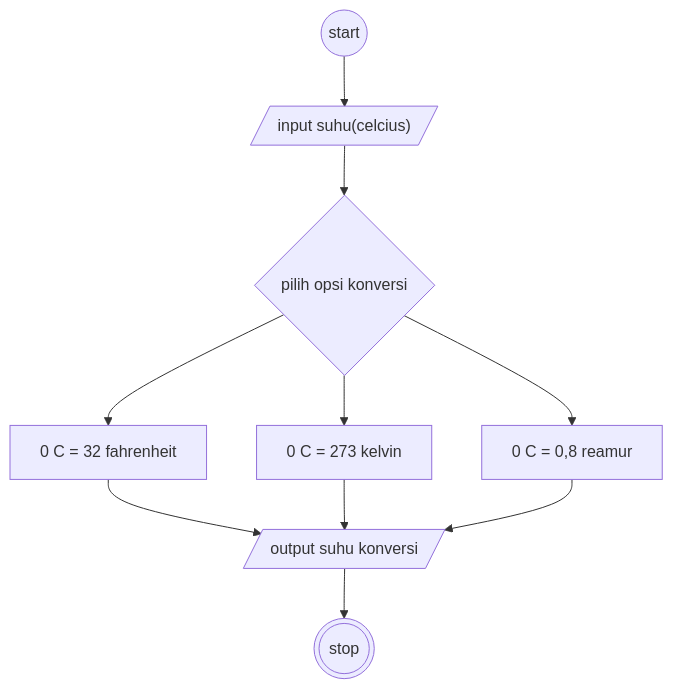
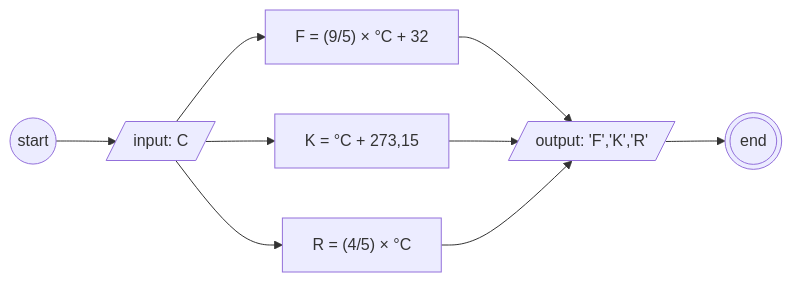
Before and after one commit to VsalCode/fgo24-Algoritma: the diagram in minitask4.md, drawn with Mermaid. The commit also changed other lines of this file, not shown here.

````diff
--- a/minitask4.md
+++ b/minitask4.md
@@ -14,22 +15,23 @@
 ```mermaid
-flowchart TD
+flowchart LR
     A@{shape: circle, label: "start"}
-    B@{shape: lean-r, label: "input suhu(celcius)"}
-    C@{ shape: diamond, label: "pilih opsi konversi" }
-    D@{ shape: rect, label: "0 C = 32 fahrenheit" }
-    E@{ shape: rect, label: "0 C = 273 kelvin" }
-    F@{ shape: rect, label: "0 C = 0,8 reamur" }
-    G@{ shape: lean-r, label: "output suhu konversi" }
-    X@{shape: dbl-circ, label: "stop"}
+    input@{shape: lean-r, label: "input: C"}
+    f@{shape: rectangle, label: "F = (9/5) × °C + 32"}
+    k@{shape: rectangle, label: "K = °C + 273,15"}
+    r@{shape: rectangle, label: "R = (4/5) × °C"}
+    output@{shape: lean-r, label: "output: 'F','K','R'"}
+    X@{shape: dbl-circ, label: "end"}
 
-    A --> B
-    B --> C
-    C --> D
-    C --> E
-    C --> F
-    D --> G
-    E --> G
-    F --> G
-    G --> X
+
+    A --> input
+    input --> f 
+    input --> k 
+    input --> r 
+
+    f --> output
+    k --> output
+    r --> output
+
+    output --> X
 
 ```
````
